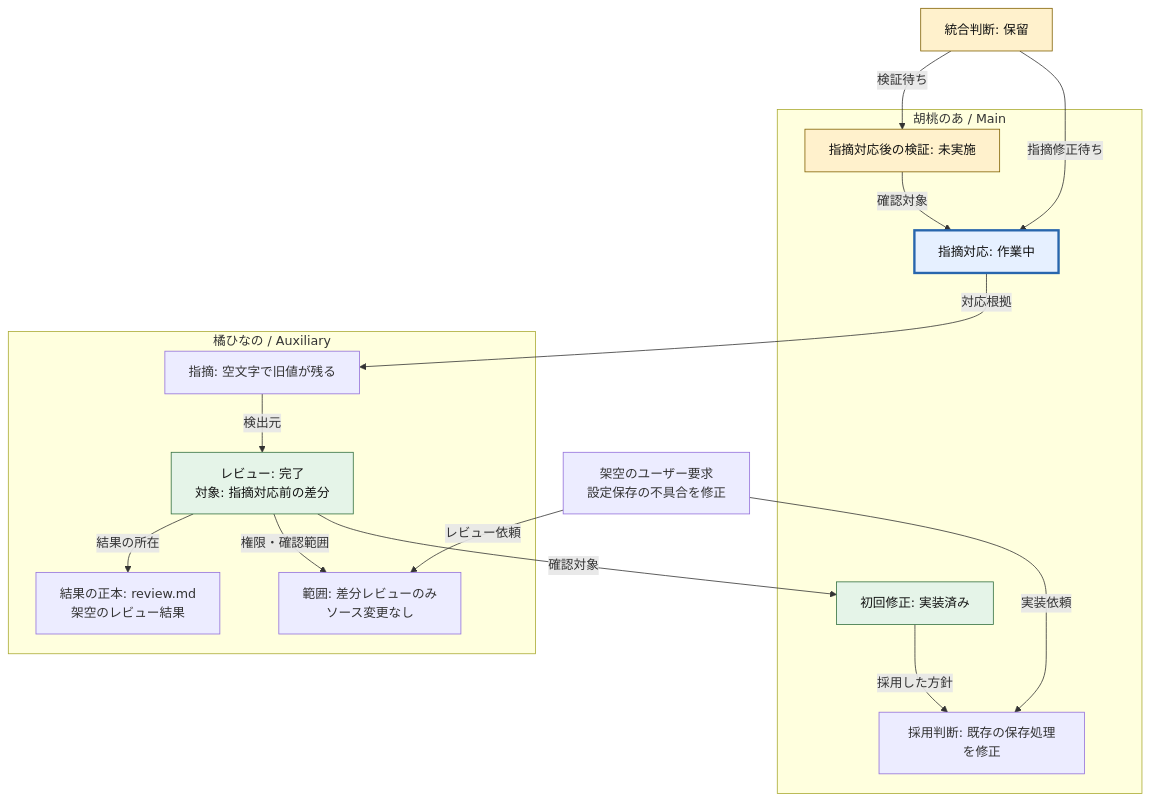
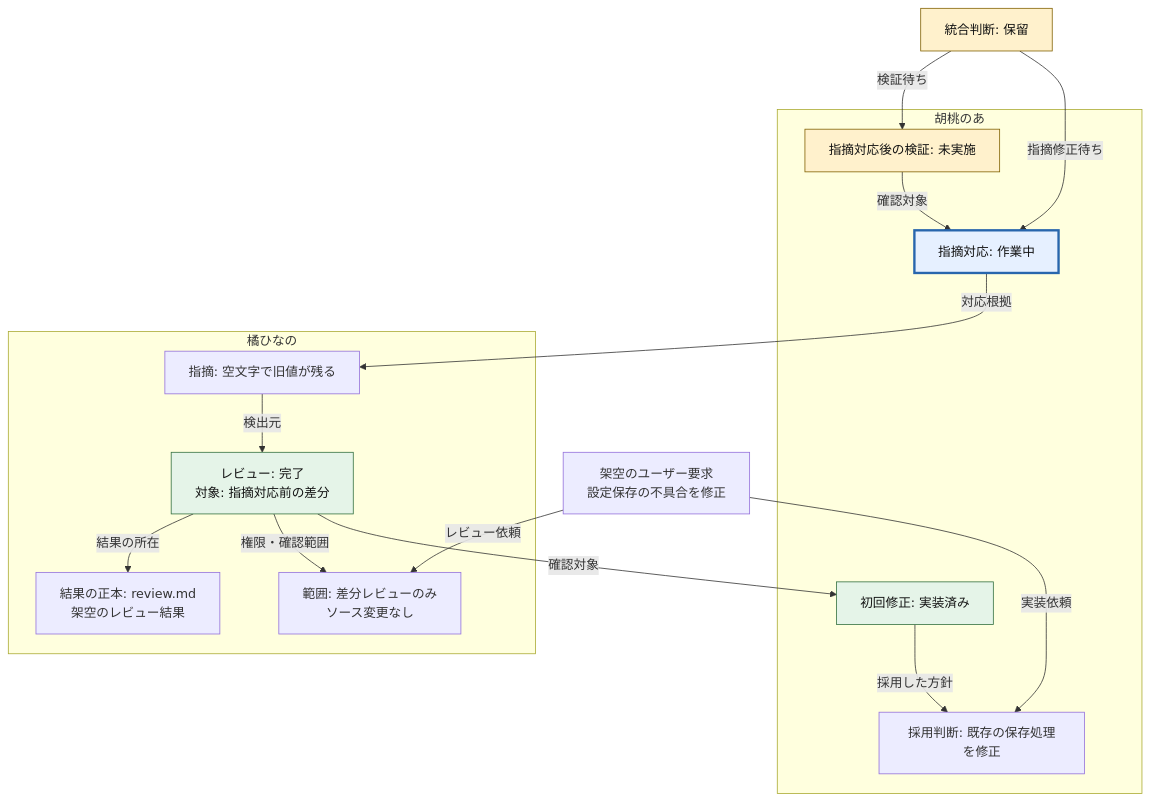
Before and after one commit to natumekazuki/.codex: the diagram in skills/session-graph/assets/settings-save.mmd, drawn with Mermaid. The commit also changed 4 other files, not shown here.

Commit message:
refactor(session-graph): 共有セッションの前提を製品非依存に整理

```diff
--- a/skills/session-graph/assets/settings-save.mmd
+++ b/skills/session-graph/assets/settings-save.mmd
@@ -1,33 +1,33 @@
 flowchart TB
     %% 架空の説明例。Character・役割・結果・根拠pathは実作業の事実ではない。
     R_request["架空のユーザー要求<br/>設定保存の不具合を修正"]
 
-    subgraph NOA["胡桃のあ / Main"]
+    subgraph NOA["胡桃のあ"]
         D_fix["採用判断: 既存の保存処理を修正"]
         I_patch["初回修正: 実装済み"]:::done
         I_follow["指摘対応: 作業中"]:::active
         Q_retest["指摘対応後の検証: 未実施"]:::pending
     end
 
-    subgraph HINA["橘ひなの / Auxiliary"]
+    subgraph HINA["橘ひなの"]
         R_scope["範囲: 差分レビューのみ<br/>ソース変更なし"]
         V_review["レビュー: 完了<br/>対象: 指摘対応前の差分"]:::done
         F_empty["指摘: 空文字で旧値が残る"]
         E_report["結果の正本: review.md<br/>架空のレビュー結果"]
     end
 
     Q_accept["統合判断: 保留"]:::pending
     R_request -->|実装依頼| D_fix
     R_request -->|レビュー依頼| R_scope
     I_patch -->|採用した方針| D_fix
     V_review -->|確認対象| I_patch
     V_review -->|権限・確認範囲| R_scope
     V_review -->|結果の所在| E_report
     F_empty -->|検出元| V_review
     I_follow -->|対応根拠| F_empty
     Q_retest -->|確認対象| I_follow
     Q_accept -->|指摘修正待ち| I_follow
     Q_accept -->|検証待ち| Q_retest
     classDef active fill:#e6f0ff,stroke:#2866ad,color:#111,stroke-width:3px
     classDef pending fill:#fff1cc,stroke:#806000,color:#111
     classDef done fill:#e5f4e8,stroke:#32703f,color:#111
```
